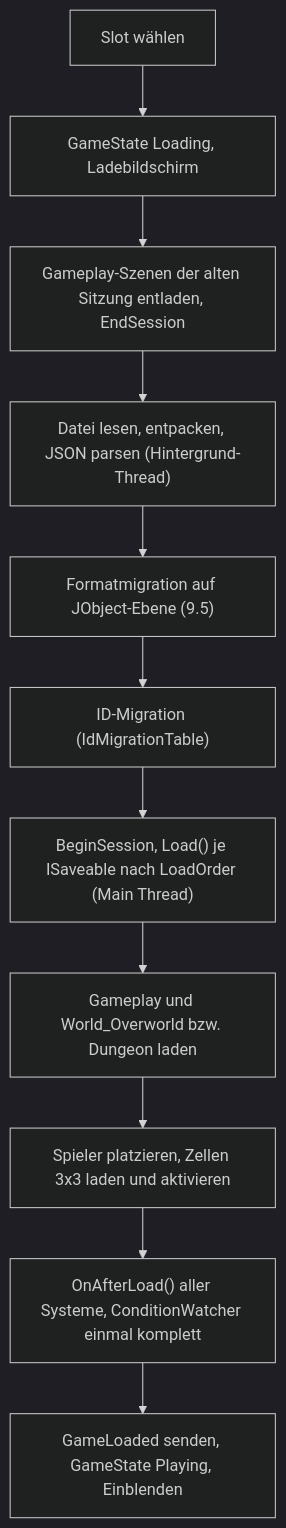
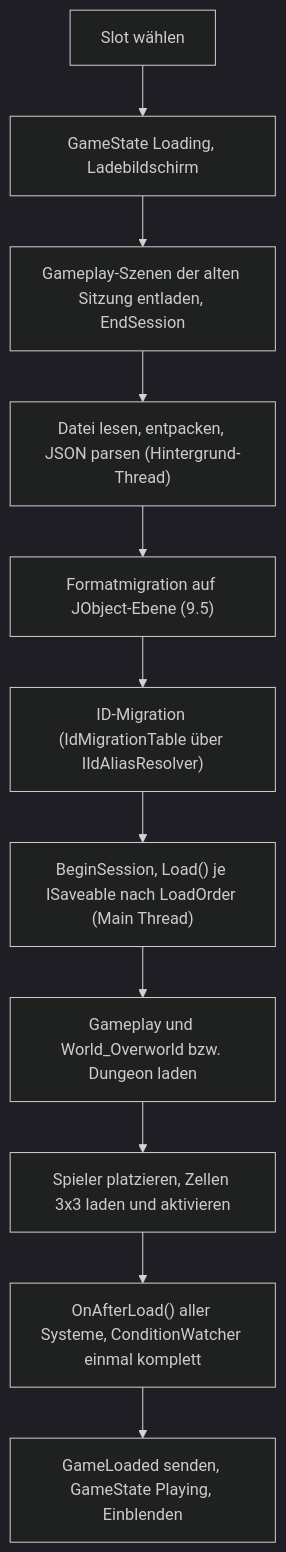
Before and after one commit to porcherliam-glitch/liam: the sixth of 7 diagrams in docs/Technik/01_Architektur.md, drawn with Mermaid (dark theme). The commit also changed other lines of this file and 9 other files, not shown here.

````diff
--- a/docs/Technik/01_Architektur.md
+++ b/docs/Technik/01_Architektur.md
@@ -1587,13 +1597,13 @@
 ```mermaid
 flowchart TD
   A["Slot wählen"] --> B["GameState Loading, Ladebildschirm"]
   B --> C["Gameplay-Szenen der alten Sitzung entladen, EndSession"]
   C --> D["Datei lesen, entpacken, JSON parsen (Hintergrund-Thread)"]
   D --> E["Formatmigration auf JObject-Ebene (9.5)"]
-  E --> F["ID-Migration (IdMigrationTable)"]
+  E --> F["ID-Migration (IdMigrationTable über IIdAliasResolver)"]
   F --> G["BeginSession, Load() je ISaveable nach LoadOrder (Main Thread)"]
   G --> H["Gameplay und World_Overworld bzw. Dungeon laden"]
   H --> I["Spieler platzieren, Zellen 3x3 laden und aktivieren"]
   I --> J["OnAfterLoad() aller Systeme, ConditionWatcher einmal komplett"]
   J --> K["GameLoaded senden, GameState Playing, Einblenden"]
 ```
````
